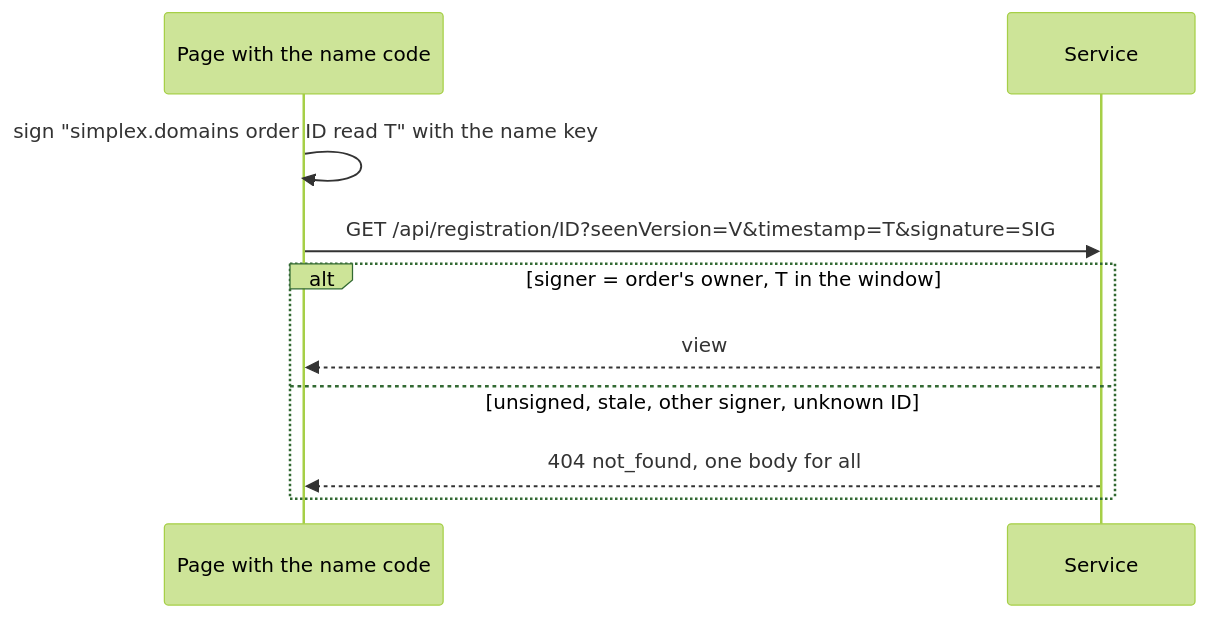
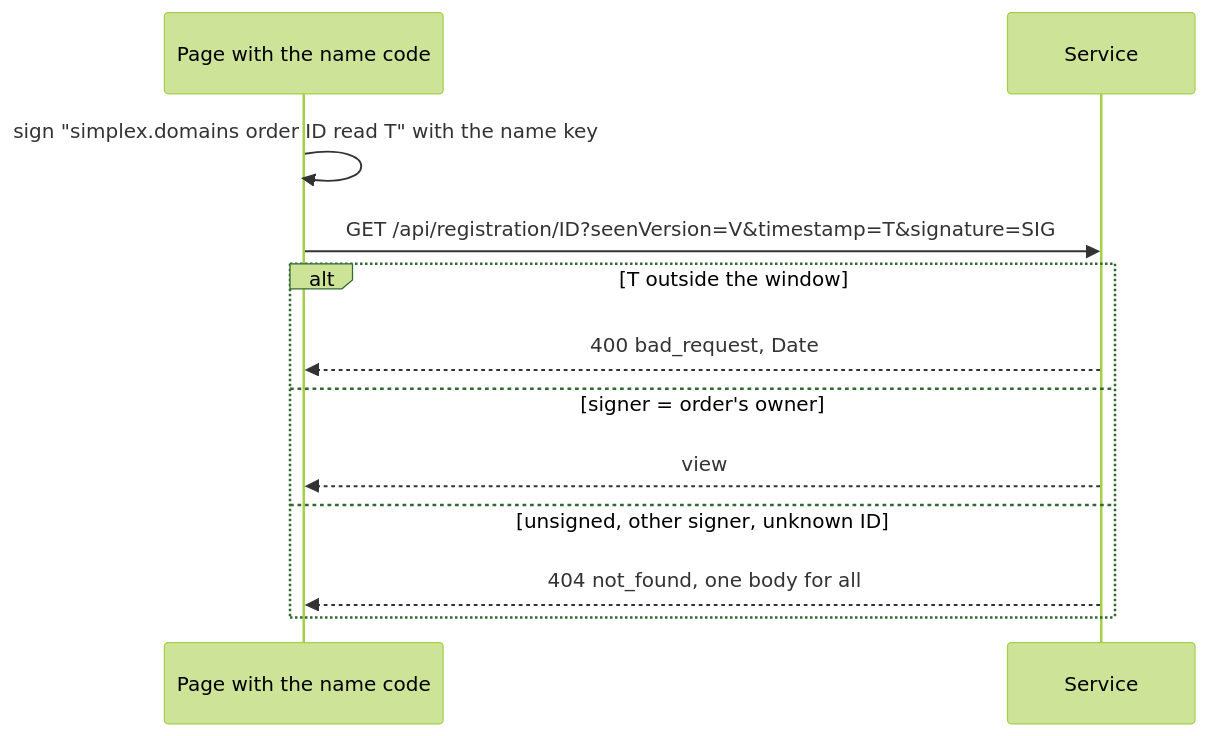
The tenth of 10 diagrams in plans/2026-11-25-names-hardening.md (simplex-chat/simplex-chat), drawn with Mermaid (forest theme) before and after one commit. The commit also changed other lines of this file and 1 other file, not shown here.

````diff
--- a/plans/2026-11-25-names-hardening.md
+++ b/plans/2026-11-25-names-hardening.md
@@ -709,12 +721,14 @@
 ```mermaid
 sequenceDiagram
   participant P as Page with the name code
   participant S as Service
   P->>P: sign "simplex.domains order ID read T" with the name key
   P->>S: GET /api/registration/ID?seenVersion=V&timestamp=T&signature=SIG
-  alt signer = order's owner, T in the window
+  alt T outside the window
+    S-->>P: 400 bad_request, Date
+  else signer = order's owner
     S-->>P: view
-  else unsigned, stale, other signer, unknown ID
+  else unsigned, other signer, unknown ID
     S-->>P: 404 not_found, one body for all
   end
 ```
````
